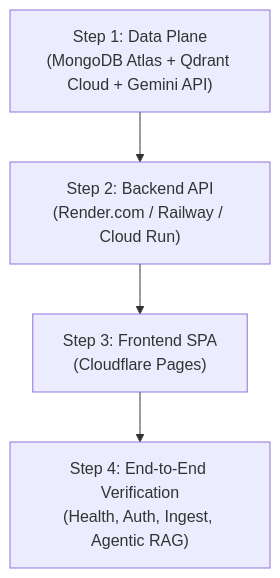
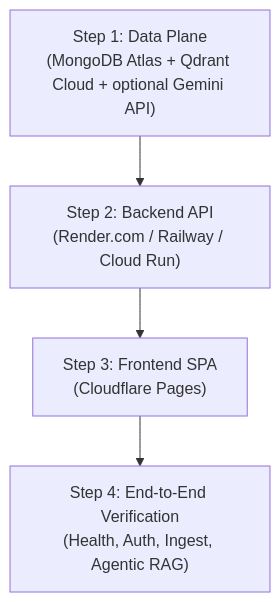
The diagram in docs/deployment/DEPLOYMENT_GUIDE.md (MaithreshVaddi-27/TrustRAG), drawn with Mermaid before and after one commit. The commit also changed other lines of this file and 12 other files, not shown here.

````diff
--- a/docs/deployment/DEPLOYMENT_GUIDE.md
+++ b/docs/deployment/DEPLOYMENT_GUIDE.md
@@ -16,6 +17,6 @@
 ```mermaid
 graph TD
-    A["Step 1: Data Plane<br/>(MongoDB Atlas + Qdrant Cloud + Gemini API)"] --> B["Step 2: Backend API<br/>(Render.com / Railway / Cloud Run)"]
+    A["Step 1: Data Plane<br/>(MongoDB Atlas + Qdrant Cloud + optional Gemini API)"] --> B["Step 2: Backend API<br/>(Render.com / Railway / Cloud Run)"]
     B --> C["Step 3: Frontend SPA<br/>(Cloudflare Pages)"]
     C --> D["Step 4: End-to-End Verification<br/>(Health, Auth, Ingest, Agentic RAG)"]
 ```
````
